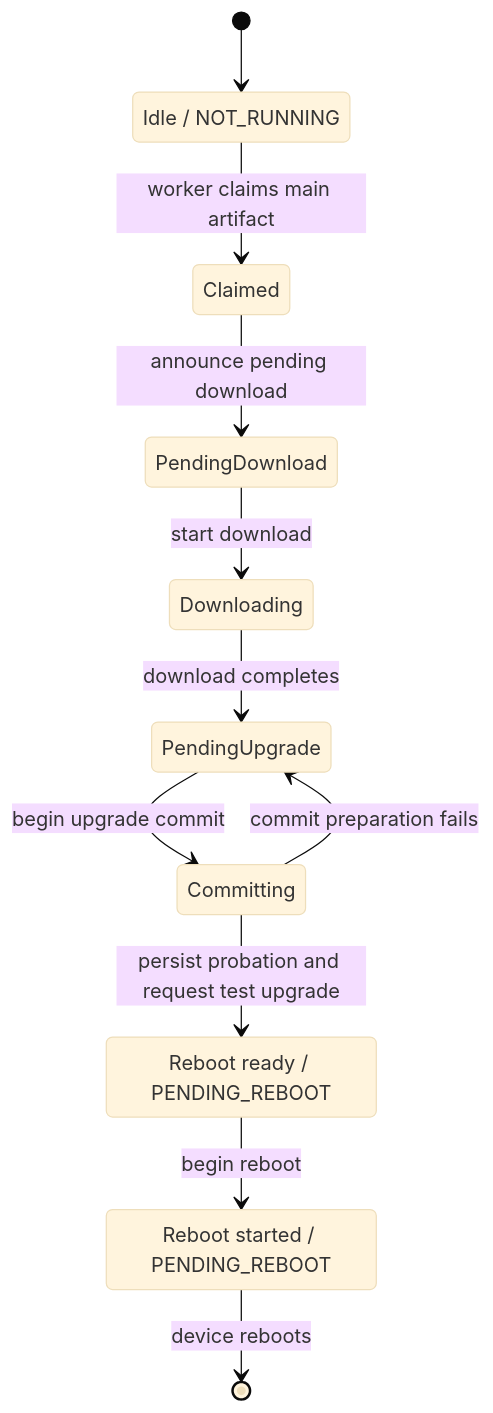
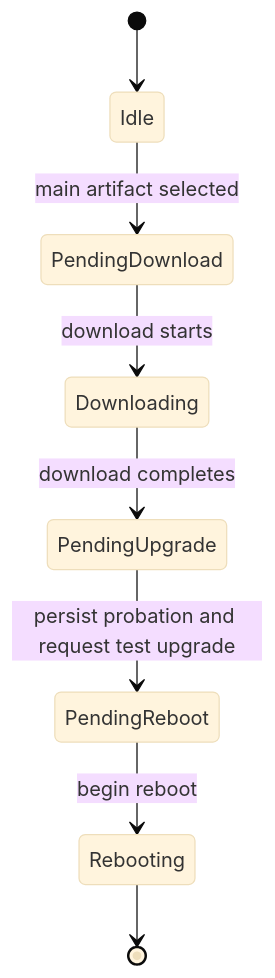
The fourth of 10 diagrams in zephyr/docs/ota.md (spotflow-io/device-sdk), drawn with Mermaid (base theme) before and after one commit. The commit also changed other lines of this file, not shown here.

````diff
--- a/zephyr/docs/ota.md
+++ b/zephyr/docs/ota.md
@@ -353,17 +210,10 @@
 ```mermaid
 stateDiagram-v2
-    state "Idle / NOT_RUNNING" as Idle
-    state "Reboot ready / PENDING_REBOOT" as RebootReady
-    state "Reboot started / PENDING_REBOOT" as RebootStarted
-
     [*] --> Idle
-    Idle --> Claimed: worker claims main artifact
-    Claimed --> PendingDownload: announce pending download
-    PendingDownload --> Downloading: start download
+    Idle --> PendingDownload: main artifact selected
+    PendingDownload --> Downloading: download starts
     Downloading --> PendingUpgrade: download completes
-    PendingUpgrade --> Committing: begin upgrade commit
-    Committing --> PendingUpgrade: commit preparation fails
-    Committing --> RebootReady: persist probation and request test upgrade
-    RebootReady --> RebootStarted: begin reboot
-    RebootStarted --> [*]: device reboots
+    PendingUpgrade --> PendingReboot: persist probation and request test upgrade
+    PendingReboot --> Rebooting: begin reboot
+    Rebooting --> [*]
 ```
````
